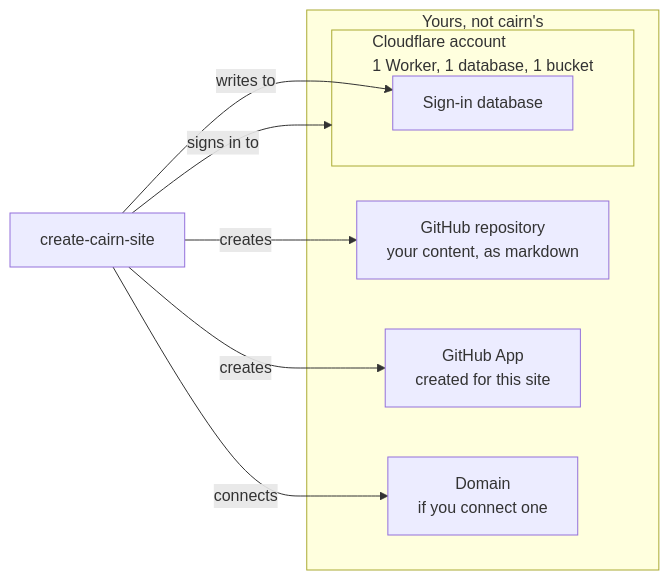
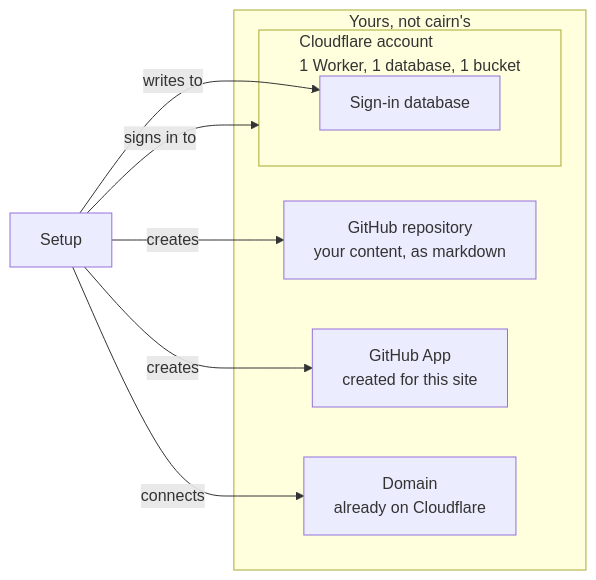
Before and after one commit to glw907/cairn-cms: the diagram in docs/admin/before-you-start.md, drawn with Mermaid. The commit also changed other lines of this file and 4 other files, not shown here.

First line of the commit message:
Rebuild the before-you-start, create-your-site, and own-your-domain pages for cairn new

````diff
--- a/docs/admin/before-you-start.md
+++ b/docs/admin/before-you-start.md
@@ -9,22 +9,22 @@
 ```mermaid
 flowchart LR
-  accTitle: Diagram of create-cairn-site connecting five assets you own
-  accDescr: create-cairn-site sits outside a group of five assets it creates or connects. They are the GitHub repository, the GitHub App, the Cloudflare account it signs in to without creating, a domain if you add one, and the sign-in database. The group is labeled as yours, not cairn's.
+  accTitle: Diagram of setup creating five assets you own
+  accDescr: Setup sits outside a group of five assets it creates or connects. They are the GitHub repository, the GitHub App, the Cloudflare account it signs in to without creating, the domain you already have on Cloudflare, and the sign-in database. The group is labeled as yours, not cairn's.
 
-  tool["create-cairn-site"]
+  tool["Setup"]
 
   subgraph yours["Yours, not cairn's"]
     repo["GitHub repository<br/>your content, as markdown"]
     app["GitHub App<br/>created for this site"]
-    domain["Domain<br/>if you connect one"]
+    domain["Domain<br/>already on Cloudflare"]
     subgraph cf["Cloudflare account<br/>1 Worker, 1 database, 1 bucket"]
       authdb["Sign-in database"]
     end
   end
 
   tool -->|creates| repo
   tool -->|creates| app
   tool -->|signs in to| cf
   tool -->|connects| domain
   tool -->|writes to| authdb
 ```
````
